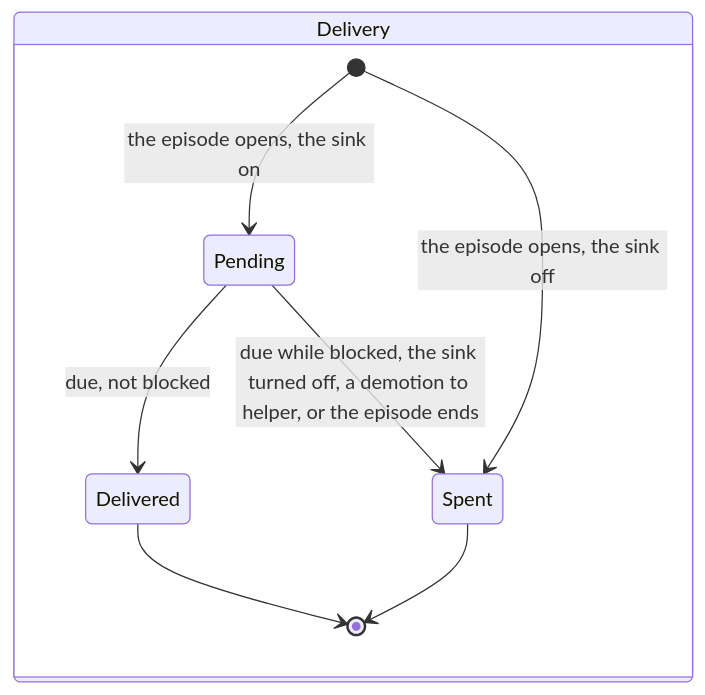
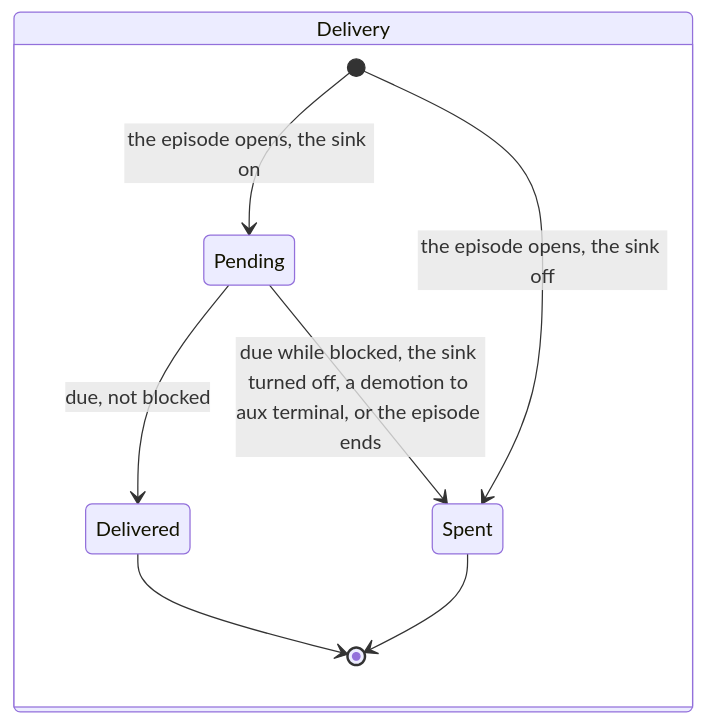
One commit to diffplug/dormouse changed diagram 13 of 16 in docs/specs/alert.md. Above: the diagram before and after it, drawn with Mermaid. The commit also changed other lines of this file and 135 other files, not shown here.

First line of the commit message:
Rename the helper terminal to the aux terminal

````diff
--- a/docs/specs/alert.md
+++ b/docs/specs/alert.md
@@ -304,11 +304,11 @@
 ```mermaid
 stateDiagram-v2
   state "Delivery" as Delivery {
     [*] --> Pending: the episode opens, the sink on
     [*] --> Spent: the episode opens, the sink off
     Pending --> Delivered: due, not blocked
-    Pending --> Spent: due while blocked, the sink turned off, a demotion to helper, or the episode ends
+    Pending --> Spent: due while blocked, the sink turned off, a demotion to aux terminal, or the episode ends
     Delivered --> [*]
     Spent --> [*]
   }
 ```
````
